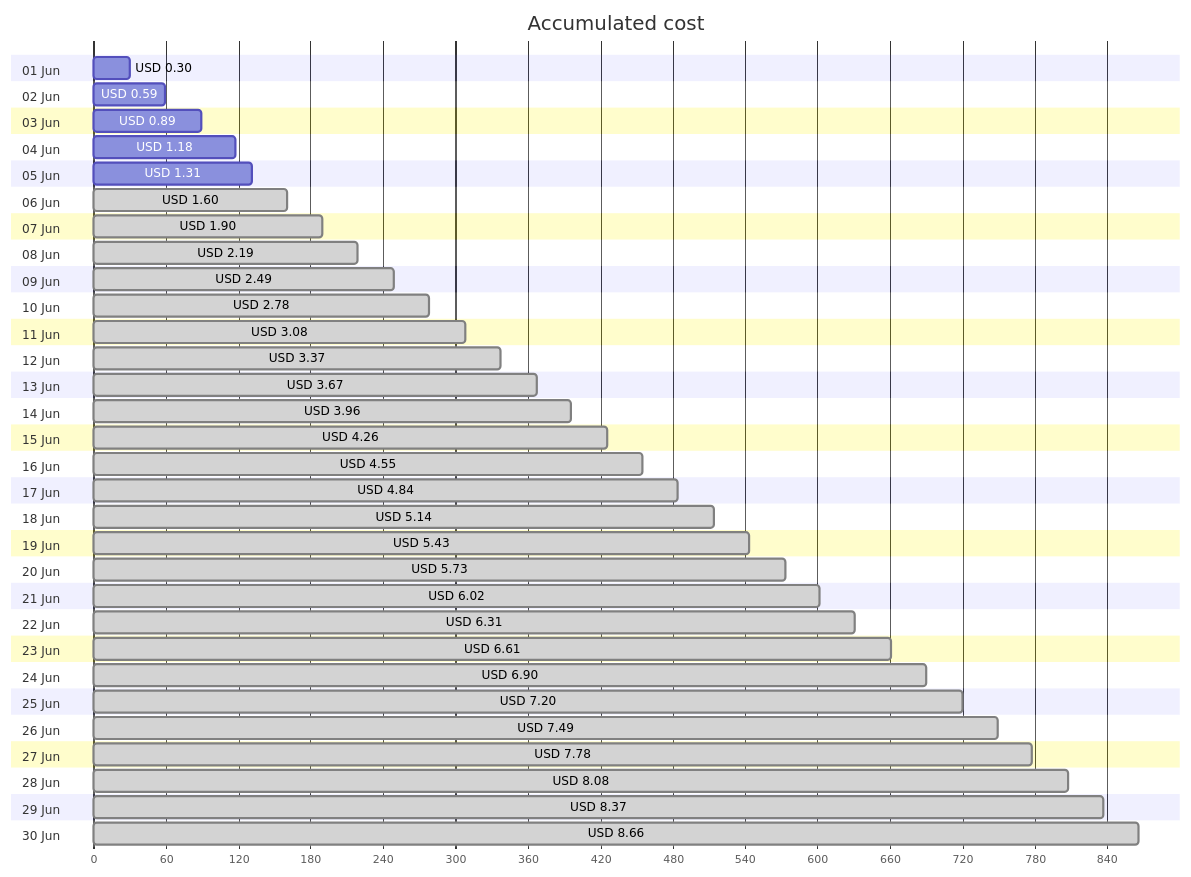
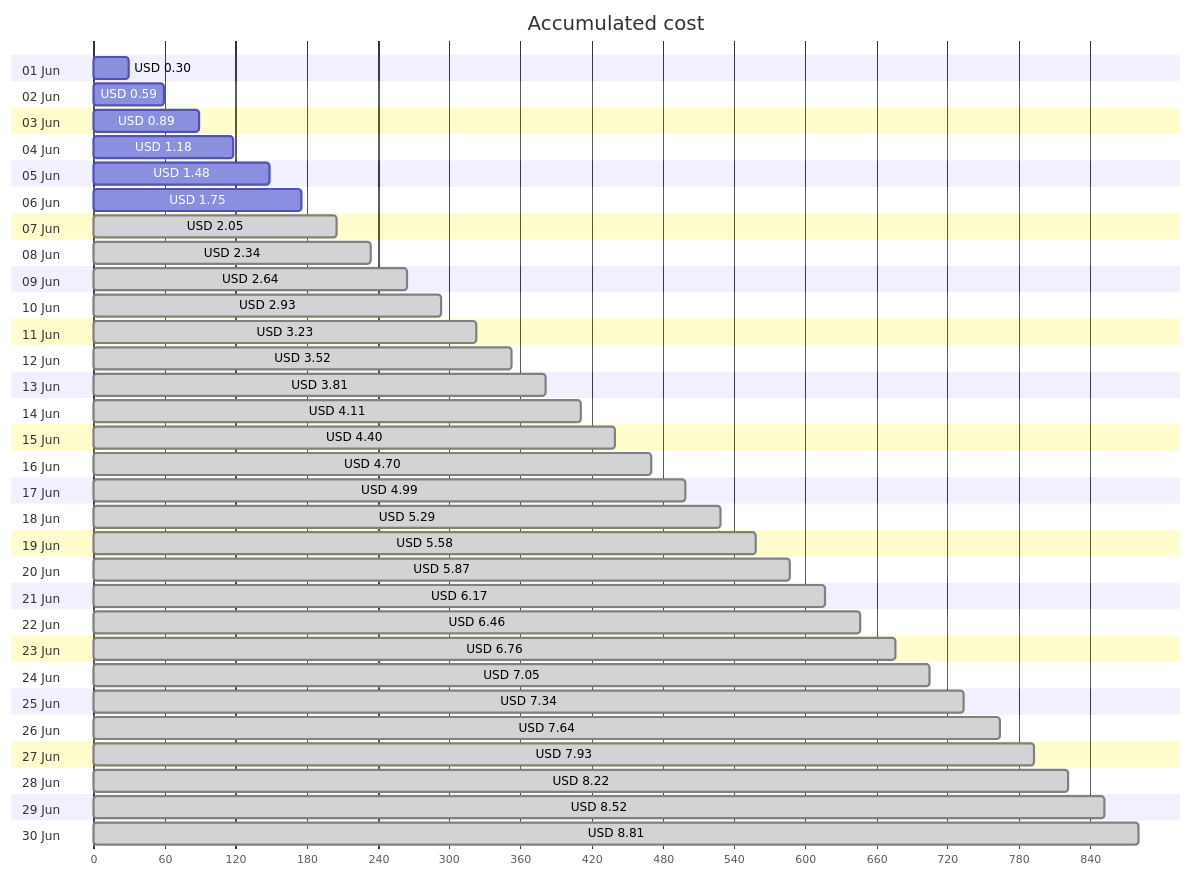
One commit to jpfulton/azure-personal-reports changed the first of 4 diagrams in cost-reports/personal-site/personal-site-preview.md. Above: the diagram before and after it, drawn with Mermaid. The commit also changed other lines of this file and 6 other files, not shown here.

````diff
--- a/cost-reports/personal-site/personal-site-preview.md
+++ b/cost-reports/personal-site/personal-site-preview.md
@@ -20,66 +20,66 @@
 ```mermaid
 gantt
    title Accumulated cost
    dateFormat  X
    axisFormat %s
    section 01 Jun
    USD 0.30 :0, 30
    section 02 Jun
    USD 0.59 :0, 59
    section 03 Jun
    USD 0.89 :0, 89
    section 04 Jun
    USD 1.18 :0, 118
    section 05 Jun
-   USD 1.31 :0, 131
+   USD 1.48 :0, 148
    section 06 Jun
-   USD 1.60 : done, 0, 160
+   USD 1.75 :0, 175
    section 07 Jun
-   USD 1.90 : done, 0, 190
+   USD 2.05 : done, 0, 205
    section 08 Jun
-   USD 2.19 : done, 0, 219
+   USD 2.34 : done, 0, 234
    section 09 Jun
-   USD 2.49 : done, 0, 249
+   USD 2.64 : done, 0, 264
    section 10 Jun
-   USD 2.78 : done, 0, 278
+   USD 2.93 : done, 0, 293
    section 11 Jun
-   USD 3.08 : done, 0, 308
+   USD 3.23 : done, 0, 323
    section 12 Jun
-   USD 3.37 : done, 0, 337
+   USD 3.52 : done, 0, 352
    section 13 Jun
-   USD 3.67 : done, 0, 367
+   USD 3.81 : done, 0, 381
    section 14 Jun
-   USD 3.96 : done, 0, 396
+   USD 4.11 : done, 0, 411
    section 15 Jun
-   USD 4.26 : done, 0, 426
+   USD 4.40 : done, 0, 440
    section 16 Jun
-   USD 4.55 : done, 0, 455
+   USD 4.70 : done, 0, 470
    section 17 Jun
-   USD 4.84 : done, 0, 484
+   USD 4.99 : done, 0, 499
    section 18 Jun
-   USD 5.14 : done, 0, 514
+   USD 5.29 : done, 0, 529
    section 19 Jun
-   USD 5.43 : done, 0, 543
+   USD 5.58 : done, 0, 558
    section 20 Jun
-   USD 5.73 : done, 0, 573
+   USD 5.87 : done, 0, 587
    section 21 Jun
-   USD 6.02 : done, 0, 602
+   USD 6.17 : done, 0, 617
    section 22 Jun
-   USD 6.31 : done, 0, 631
+   USD 6.46 : done, 0, 646
    section 23 Jun
-   USD 6.61 : done, 0, 661
+   USD 6.76 : done, 0, 676
    section 24 Jun
-   USD 6.90 : done, 0, 690
+   USD 7.05 : done, 0, 705
    section 25 Jun
-   USD 7.20 : done, 0, 720
+   USD 7.34 : done, 0, 734
    section 26 Jun
-   USD 7.49 : done, 0, 749
+   USD 7.64 : done, 0, 764
    section 27 Jun
-   USD 7.78 : done, 0, 778
+   USD 7.93 : done, 0, 793
    section 28 Jun
-   USD 8.08 : done, 0, 808
+   USD 8.22 : done, 0, 822
    section 29 Jun
-   USD 8.37 : done, 0, 837
+   USD 8.52 : done, 0, 852
    section 30 Jun
-   USD 8.66 : done, 0, 866
+   USD 8.81 : done, 0, 881
 ```
````
